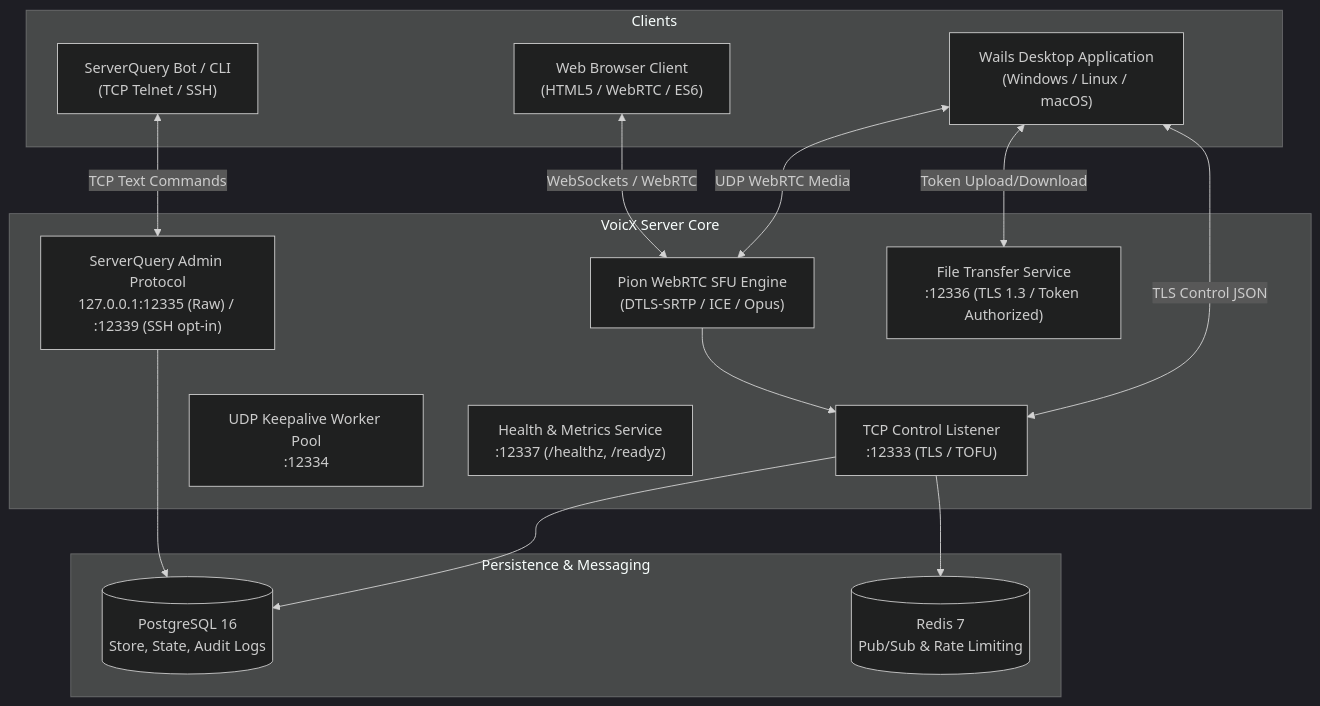
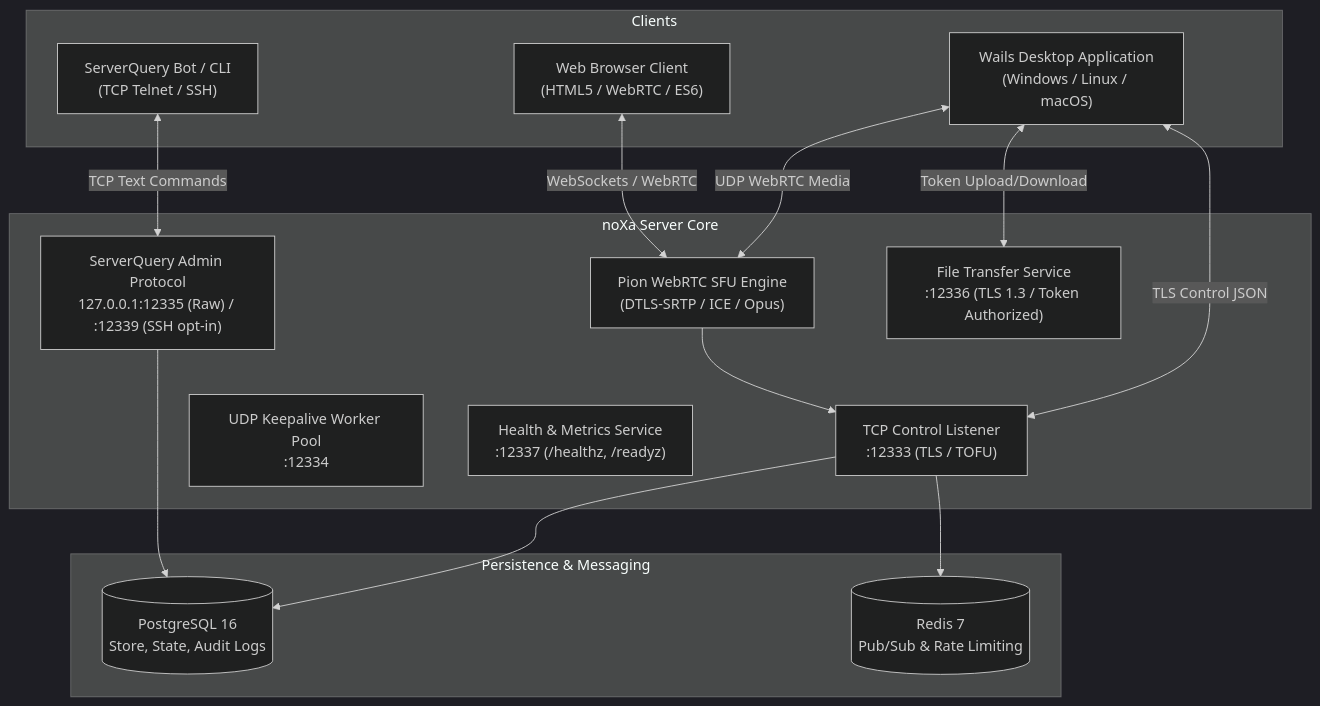
One commit to arumes31/noxa changed the first of 2 diagrams in README.md. Above: the diagram before and after it, drawn with Mermaid (dark theme). The commit also changed other lines of this file and 315 other files, not shown here.

````diff
--- a/README.md
+++ b/README.md
@@ -35,33 +37,33 @@
 ```mermaid
 graph TD
     subgraph Clients["Clients"]
         Wails["Wails Desktop Application\n(Windows / Linux / macOS)"]
         WebUI["Web Browser Client\n(HTML5 / WebRTC / ES6)"]
         Bot["ServerQuery Bot / CLI\n(TCP Telnet / SSH)"]
     end
 
-    subgraph CoreServer["VoicX Server Core"]
+    subgraph CoreServer["noXa Server Core"]
         Control["TCP Control Listener\n:12333 (TLS / TOFU)"]
         Keepalive["UDP Keepalive Worker Pool\n:12334"]
         WebRTC["Pion WebRTC SFU Engine\n(DTLS-SRTP / ICE / Opus)"]
         Query["ServerQuery Admin Protocol\n127.0.0.1:12335 (Raw) / :12339 (SSH opt-in)"]
         FileXfer["File Transfer Service\n:12336 (TLS 1.3 / Token Authorized)"]
         Health["Health & Metrics Service\n:12337 (/healthz, /readyz)"]
     end
 
     subgraph DataStore["Persistence & Messaging"]
         Postgres[(PostgreSQL 16\nStore, State, Audit Logs)]
         Redis[(Redis 7\nPub/Sub & Rate Limiting)]
     end
 
     Wails <-->|TLS Control JSON| Control
     Wails <-->|UDP WebRTC Media| WebRTC
     WebUI <-->|WebSockets / WebRTC| WebRTC
     Bot <-->|TCP Text Commands| Query
     Wails <-->|Token Upload/Download| FileXfer
 
     Control --> Postgres
     Control --> Redis
     Query --> Postgres
     WebRTC --> Control
 ```
````
